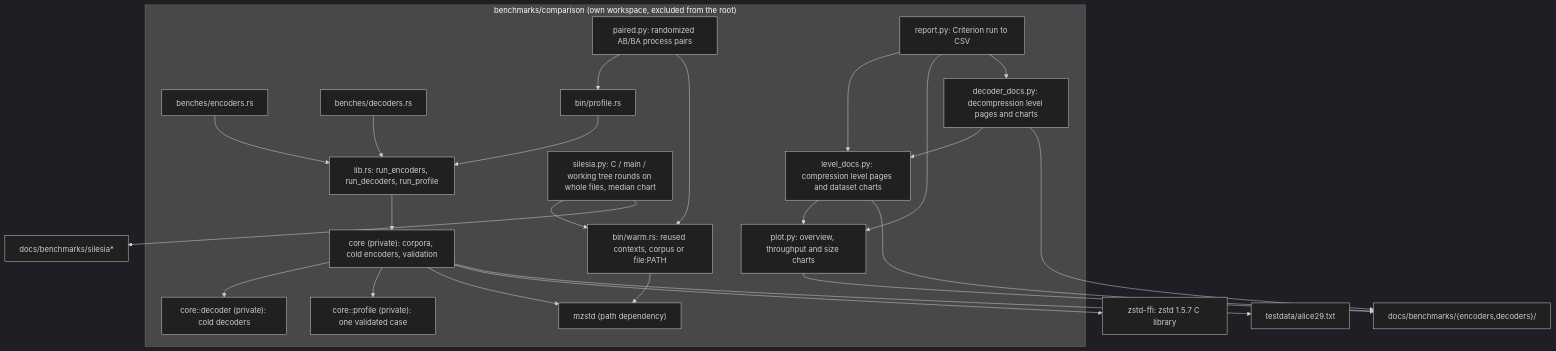
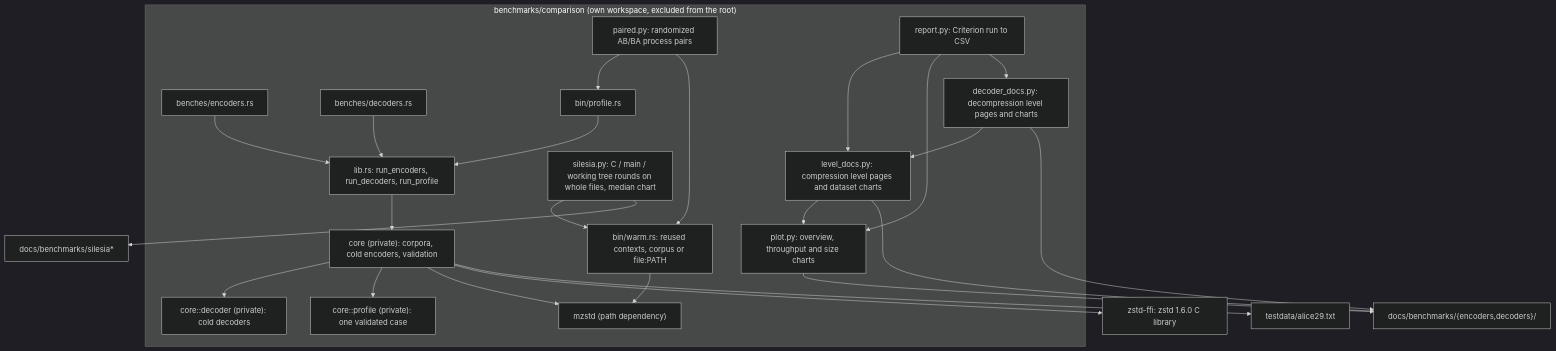
One commit to M-Compressors/mzstd changed the second of 4 diagrams in architecture/benchmarking.md. Above: the diagram before and after it, drawn with Mermaid (dark theme). The commit also changed other lines of this file and 63 other files, not shown here.

````diff
--- a/architecture/benchmarking.md
+++ b/architecture/benchmarking.md
@@ -42,27 +42,27 @@
 ```mermaid
 graph TD
     subgraph comparison["benchmarks/comparison (own workspace, excluded from the root)"]
         Lib["lib.rs: run_encoders, run_decoders, run_profile"] --> Core["core (private): corpora, cold encoders, validation"]
         Core --> Dec["core::decoder (private): cold decoders"]
         Core --> Profile["core::profile (private): one validated case"]
         BEnc["benches/encoders.rs"] --> Lib
         BDec["benches/decoders.rs"] --> Lib
         BProfile["bin/profile.rs"] --> Lib
         BWarm["bin/warm.rs: reused contexts, corpus or file:PATH"] --> Mzstd
         Paired["paired.py: randomized AB/BA process pairs"] --> BProfile
         Paired --> BWarm
         Silesia["silesia.py: C / main / working tree rounds on whole files, median chart"] --> BWarm
         Report["report.py: Criterion run to CSV"] --> Docs["level_docs.py: compression level pages and dataset charts"]
         Report --> Plot["plot.py: overview, throughput and size charts"]
         Report --> DecDocs["decoder_docs.py: decompression level pages and charts"]
         Docs --> Plot
         DecDocs --> Docs
     end
     Core --> Mzstd["mzstd (path dependency)"]
-    Core --> Ffi["zstd-ffi: zstd 1.5.7 C library"]
+    Core --> Ffi["zstd-ffi: zstd 1.6.0 C library"]
     Core --> Alice["testdata/alice29.txt"]
     Docs --> Out["docs/benchmarks/{encoders,decoders}/"]
     Plot --> Out
     DecDocs --> Out
     Silesia --> SOut["docs/benchmarks/silesia*"]
 ```
````
